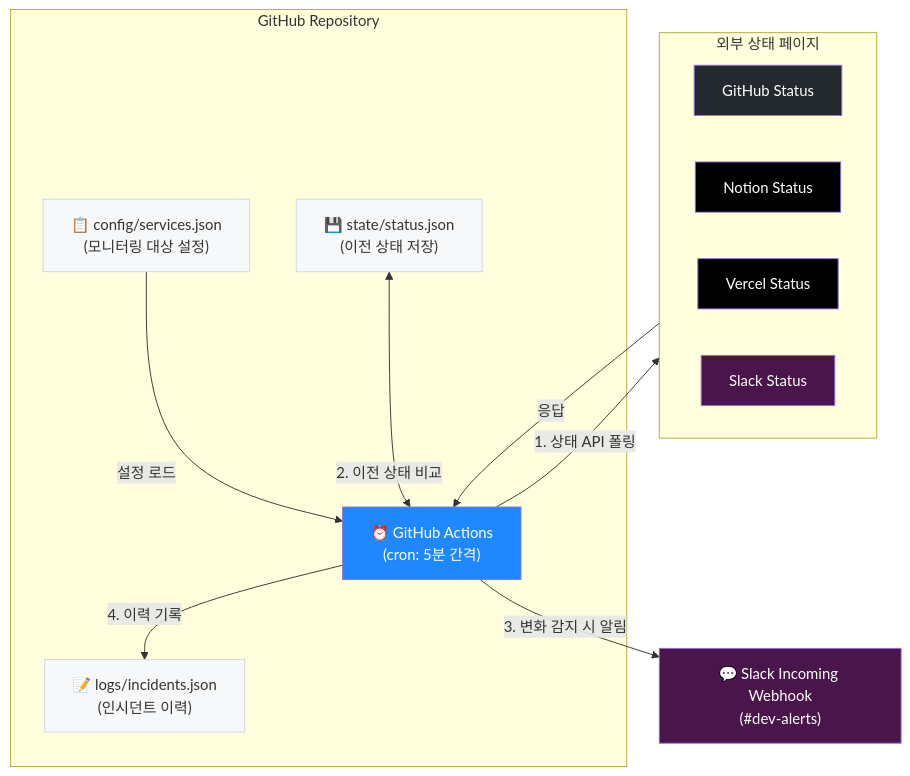
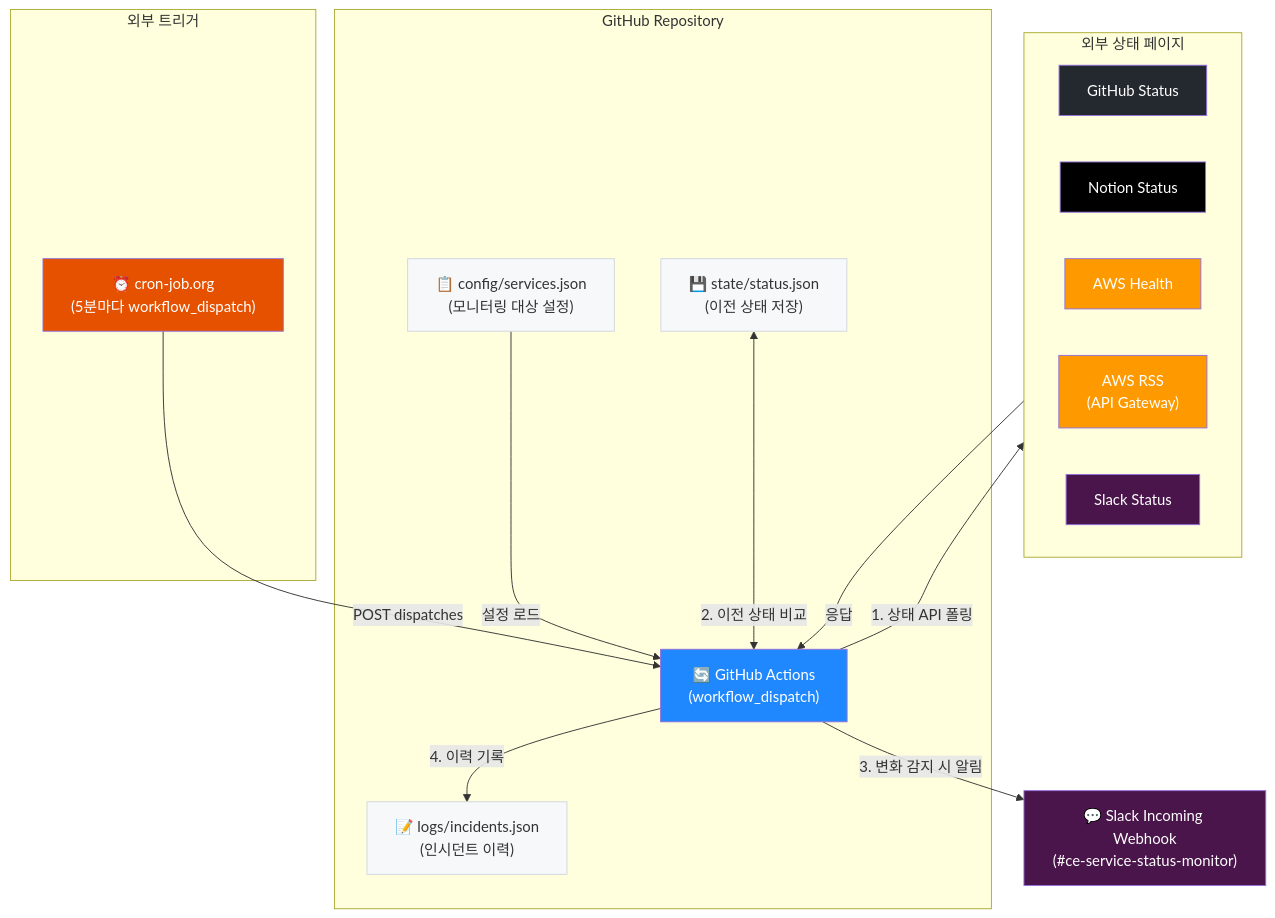
The diagram in 서비스-상태-모니터링-계획서.md (yoon-jinsung/service-status-monitor), drawn with Mermaid before and after one commit. The commit also changed other lines of this file and 2 other files, not shown here.

````diff
--- a/서비스-상태-모니터링-계획서.md
+++ b/서비스-상태-모니터링-계획서.md
@@ -24,35 +24,43 @@
 ```mermaid
 flowchart TB
+    subgraph trigger["외부 트리거"]
+        cronjob["⏰ cron-job.org\n(5분마다 workflow_dispatch)"]
+    end
+
     subgraph repo["GitHub Repository"]
-        cron["⏰ GitHub Actions\n(cron: 5분 간격)"]
+        actions["🔄 GitHub Actions\n(workflow_dispatch)"]
         config["📋 config/services.json\n(모니터링 대상 설정)"]
         state["💾 state/status.json\n(이전 상태 저장)"]
         logs["📝 logs/incidents.json\n(인시던트 이력)"]
     end
 
     subgraph external["외부 상태 페이지"]
         github["GitHub Status"]
         notion["Notion Status"]
-        vercel["Vercel Status"]
+        aws["AWS Health"]
+        aws_rss["AWS RSS\n(API Gateway)"]
         slack_status["Slack Status"]
     end
 
-    slack["💬 Slack Incoming Webhook\n(#dev-alerts)"]
+    slack["💬 Slack Incoming Webhook\n(#ce-service-status-monitor)"]
 
-    config -->|설정 로드| cron
-    cron -->|"1. 상태 API 폴링"| external
-    external -->|응답| cron
-    state <-->|"2. 이전 상태 비교"| cron
-    cron -->|"3. 변화 감지 시 알림"| slack
-    cron -->|"4. 이력 기록"| logs
+    cronjob -->|"POST dispatches"| actions
+    config -->|설정 로드| actions
+    actions -->|"1. 상태 API 폴링"| external
+    external -->|응답| actions
+    state <-->|"2. 이전 상태 비교"| actions
+    actions -->|"3. 변화 감지 시 알림"| slack
+    actions -->|"4. 이력 기록"| logs
 
-    style cron fill:#2088FF,color:#fff
+    style cronjob fill:#E65100,color:#fff
+    style actions fill:#2088FF,color:#fff
     style slack fill:#4A154B,color:#fff
     style config fill:#f6f8fa,stroke:#d0d7de
     style state fill:#f6f8fa,stroke:#d0d7de
     style logs fill:#f6f8fa,stroke:#d0d7de
     style github fill:#24292f,color:#fff
     style notion fill:#000,color:#fff
-    style vercel fill:#000,color:#fff
+    style aws fill:#FF9900,color:#fff
+    style aws_rss fill:#FF9900,color:#fff
     style slack_status fill:#4A154B,color:#fff
 ```
````
